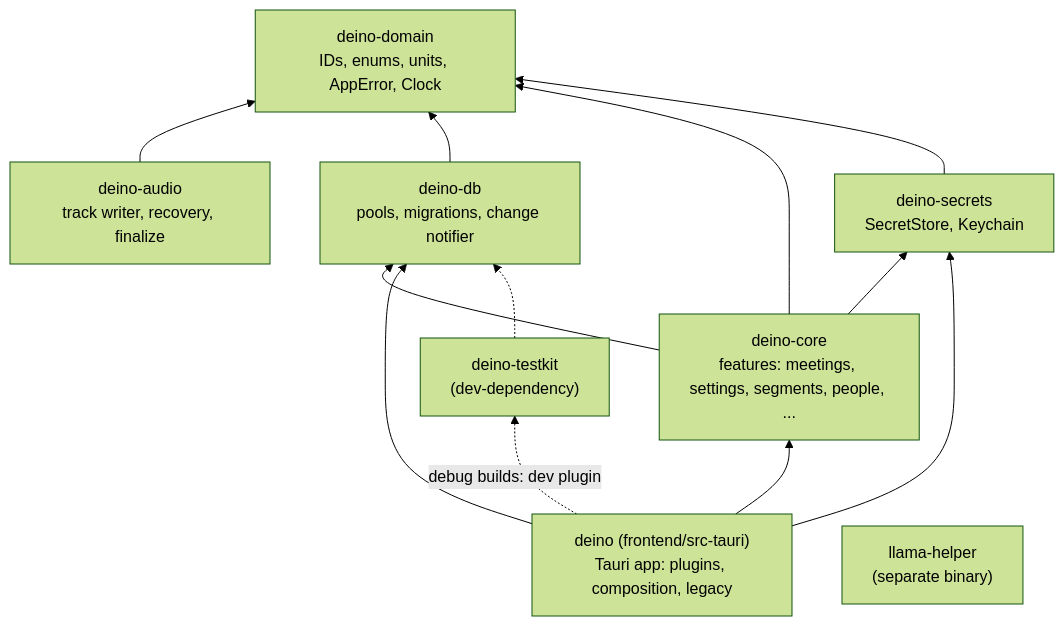
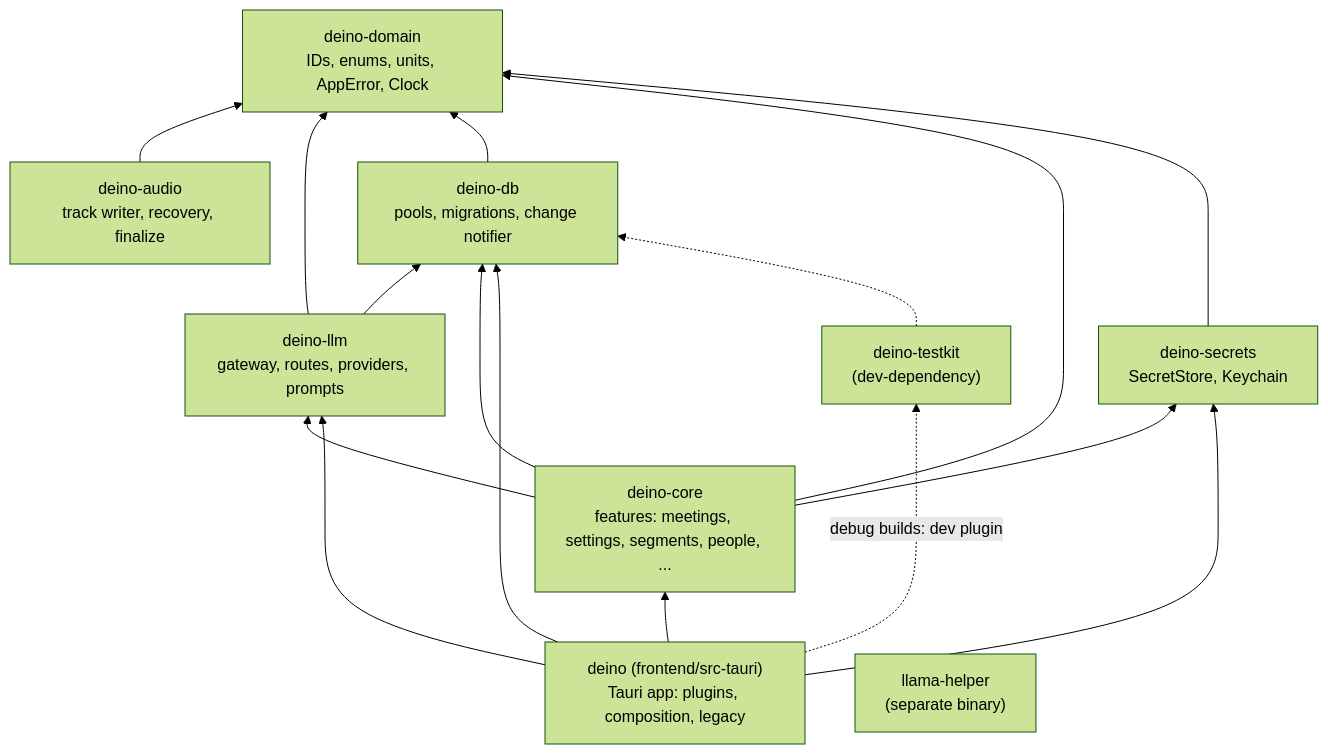
Before and after one commit to xenshreyas/Deino: the second of 6 diagrams in docs/ARCHITECTURE.md, drawn with Mermaid (forest theme). The commit also changed other lines of this file and 4 other files, not shown here.

Commit message:
docs: FND-09 gateway in the architecture, ADR 0016, testing guide, notices and plan

````diff
--- a/docs/ARCHITECTURE.md
+++ b/docs/ARCHITECTURE.md
@@ -41,22 +42,27 @@
 ```mermaid
 flowchart BT
   domain["deino-domain<br/>IDs, enums, units, AppError, Clock"]
   db["deino-db<br/>pools, migrations, change notifier"]
   core["deino-core<br/>features: meetings, settings, segments, people, ..."]
   secrets["deino-secrets<br/>SecretStore, Keychain"]
   testkit["deino-testkit<br/>(dev-dependency)"]
   app["deino (frontend/src-tauri)<br/>Tauri app: plugins, composition, legacy"]
   helper["llama-helper<br/>(separate binary)"]
   audio["deino-audio<br/>track writer, recovery, finalize"]
+  llm["deino-llm<br/>gateway, routes, providers, prompts"]
   audio --> domain
+  llm --> db
+  llm --> domain
+  core --> llm
+  app --> llm
   db --> domain
   core --> db
   core --> domain
   core --> secrets
   secrets --> domain
   app --> core
   app --> db
   app --> secrets
   app -. "debug builds: dev plugin" .-> testkit
   testkit -.-> db
 ```
````
